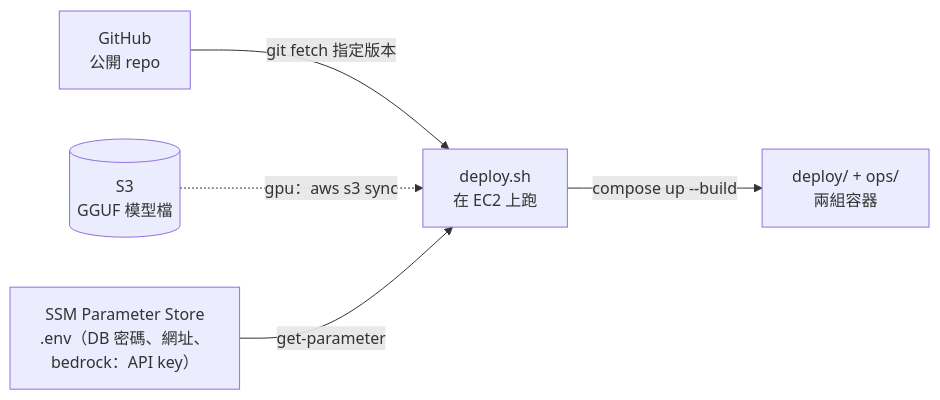
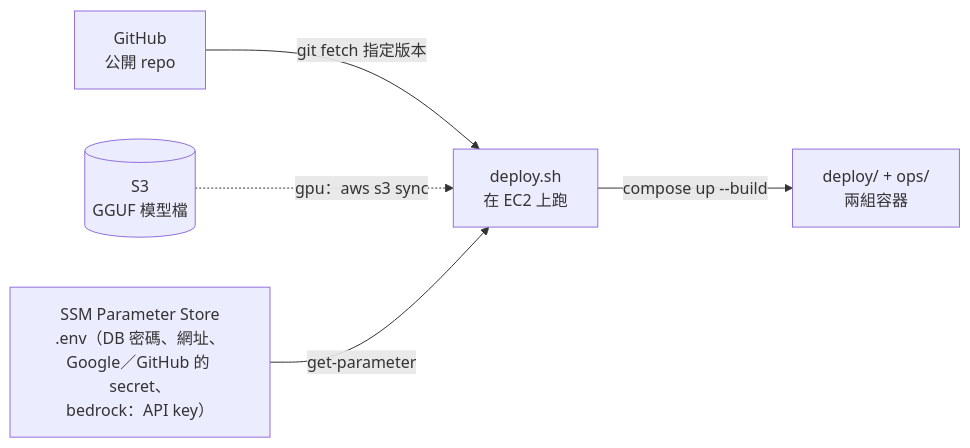
The second of 2 diagrams in infra/envs/1-ec2/README.md (Anderson-chen/talkcal), drawn with Mermaid before and after one commit. The commit also changed other lines of this file and 10 other files, not shown here.

````diff
--- a/infra/envs/1-ec2/README.md
+++ b/infra/envs/1-ec2/README.md
@@ -48,7 +48,7 @@
 ```mermaid
 flowchart LR
     gh["GitHub<br/>公開 repo"] -->|"git fetch 指定版本"| deploy["deploy.sh<br/>在 EC2 上跑"]
     s3m[("S3<br/>GGUF 模型檔")] -.->|"gpu：aws s3 sync"| deploy
-    ssm["SSM Parameter Store<br/>.env（DB 密碼、網址、<br/>bedrock：API key）"] -->|"get-parameter"| deploy
+    ssm["SSM Parameter Store<br/>.env（DB 密碼、網址、<br/>Google／GitHub 的 secret、<br/>bedrock：API key）"] -->|"get-parameter"| deploy
     deploy -->|"compose up --build"| stack["deploy/ + ops/<br/>兩組容器"]
 ```
````
